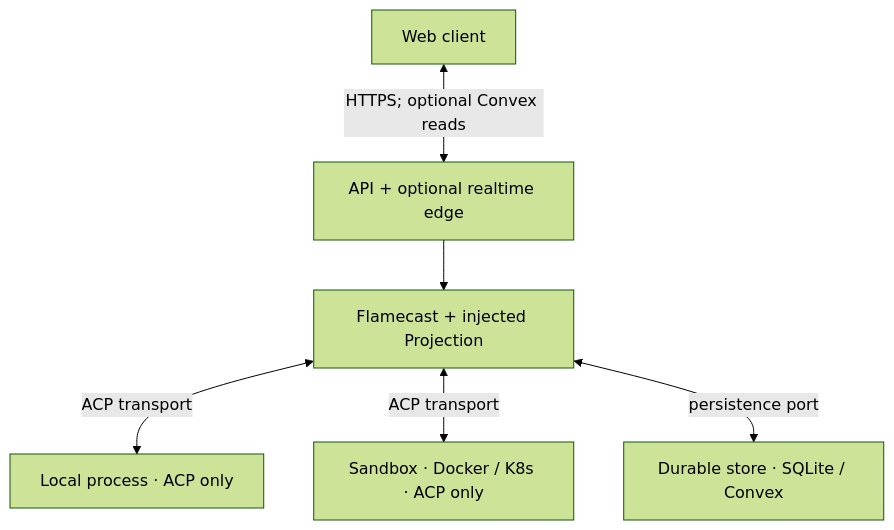
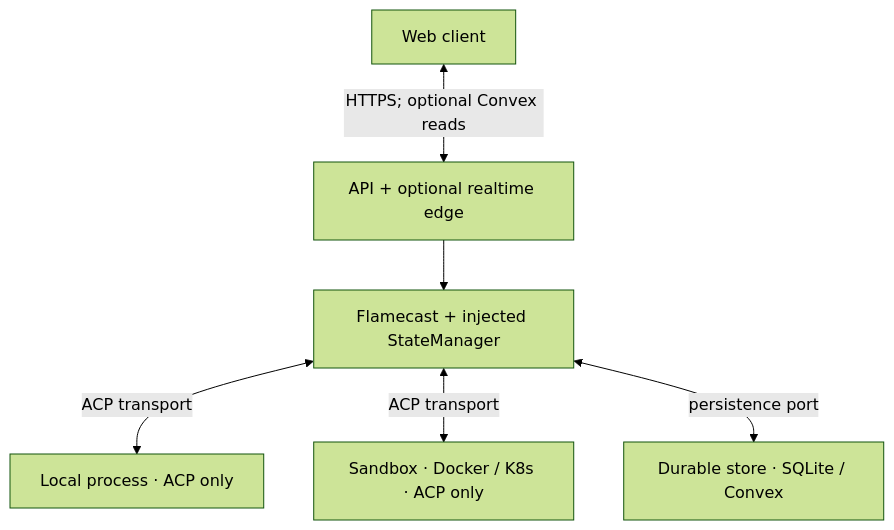
Before and after one commit to smithery-ai/flamecast: the diagram in SPEC.md, drawn with Mermaid (forest theme). The commit also changed other lines of this file and 17 other files, not shown here.

````diff
--- a/SPEC.md
+++ b/SPEC.md
@@ -64,15 +64,15 @@
 ```mermaid
 flowchart TB
     Client["Web client"]
     API["API + optional realtime edge"]
-    FC["Flamecast + injected Projection"]
+    FC["Flamecast + injected StateManager"]
     Local["Local process · ACP only"]
     Sandbox["Sandbox · Docker / K8s · ACP only"]
     Store["Durable store · SQLite / Convex"]
 
     Client <-->|HTTPS; optional Convex reads| API
     API --> FC
     FC <-->|ACP transport| Local
     FC <-->|ACP transport| Sandbox
     FC <-->|persistence port| Store
 ```
````
